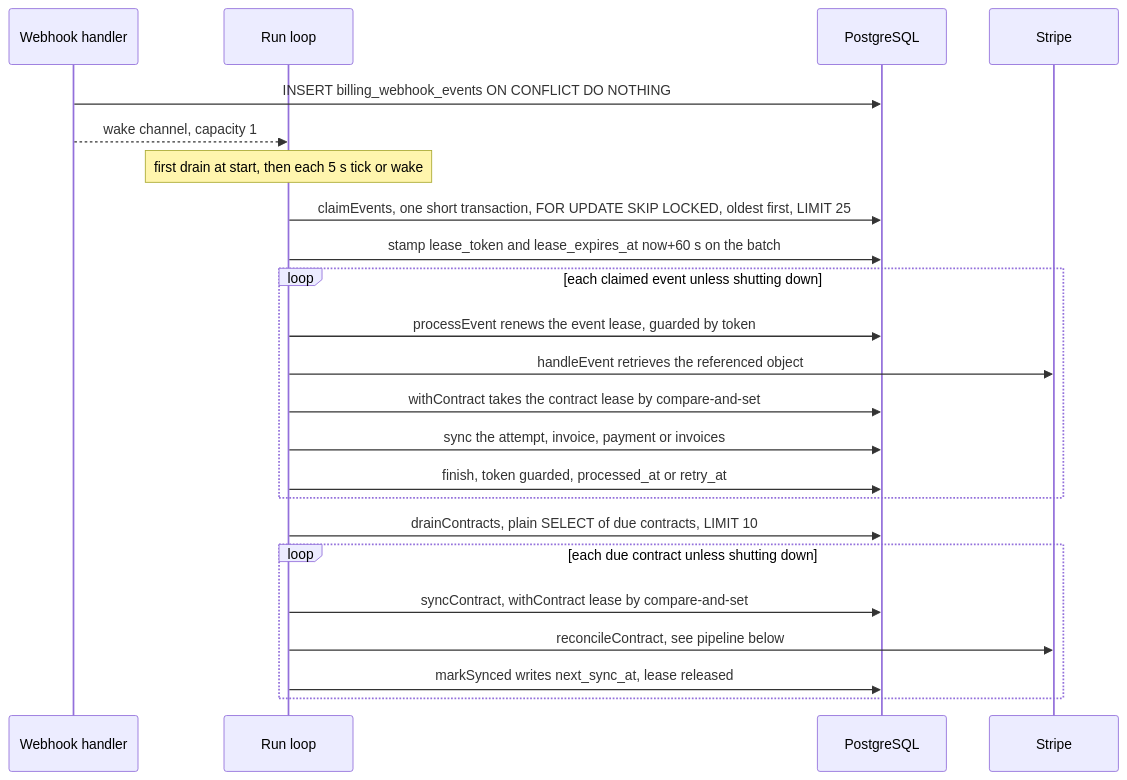
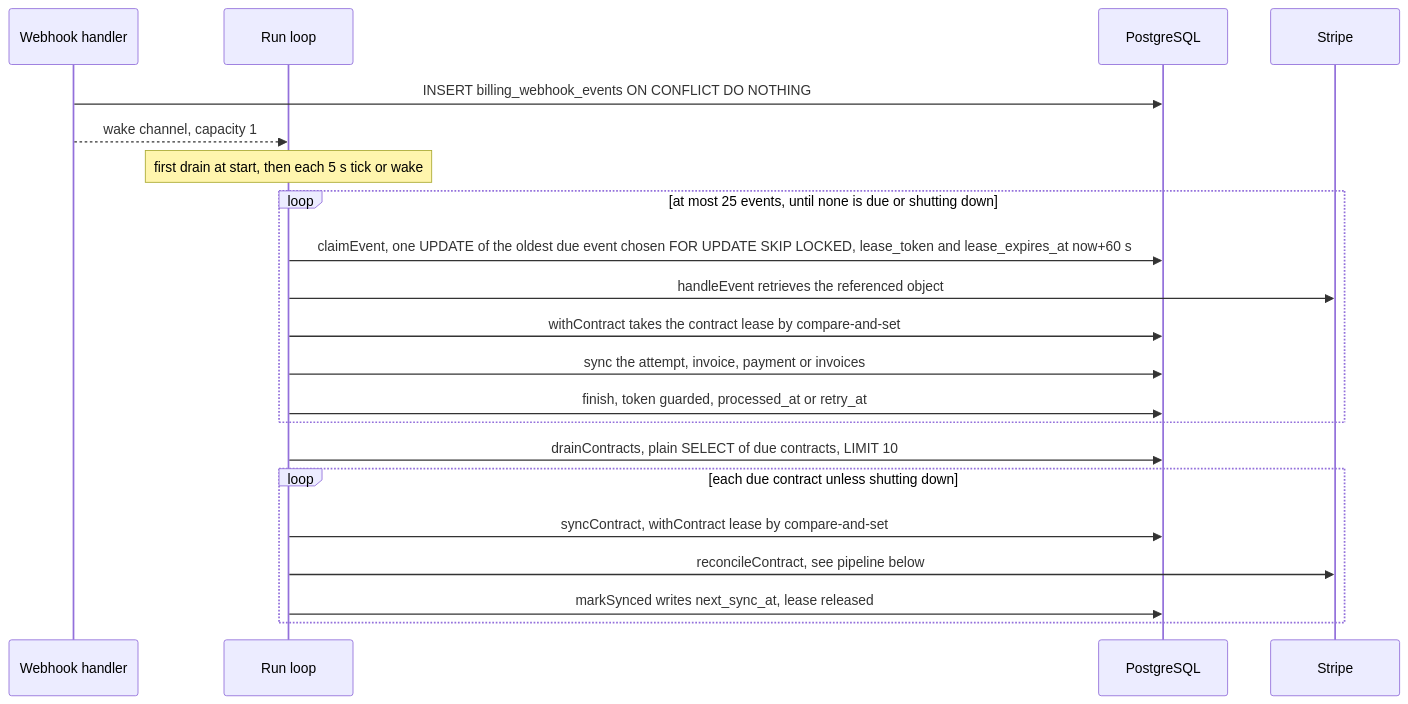
The first of 2 diagrams in docs/billing/worker.md (devGabriel131/ProjectHermes), drawn with Mermaid before and after one commit. The commit also changed other lines of this file and 97 other files, not shown here.

````diff
--- a/docs/billing/worker.md
+++ b/docs/billing/worker.md
@@ -11,25 +11,23 @@
 ```mermaid
 sequenceDiagram
     participant WH as Webhook handler
     participant W as Run loop
     participant DB as PostgreSQL
     participant S as Stripe
     WH->>DB: INSERT billing_webhook_events ON CONFLICT DO NOTHING
     WH-->>W: wake channel, capacity 1
     Note over W: first drain at start, then each 5 s tick or wake
-    W->>DB: claimEvents, one short transaction, FOR UPDATE SKIP LOCKED, oldest first, LIMIT 25
-    W->>DB: stamp lease_token and lease_expires_at now+60 s on the batch
-    loop each claimed event unless shutting down
-        W->>DB: processEvent renews the event lease, guarded by token
+    loop at most 25 events, until none is due or shutting down
+        W->>DB: claimEvent, one UPDATE of the oldest due event chosen FOR UPDATE SKIP LOCKED, lease_token and lease_expires_at now+60 s
         W->>S: handleEvent retrieves the referenced object
         W->>DB: withContract takes the contract lease by compare-and-set
         W->>DB: sync the attempt, invoice, payment or invoices
         W->>DB: finish, token guarded, processed_at or retry_at
     end
     W->>DB: drainContracts, plain SELECT of due contracts, LIMIT 10
     loop each due contract unless shutting down
         W->>DB: syncContract, withContract lease by compare-and-set
         W->>S: reconcileContract, see pipeline below
         W->>DB: markSynced writes next_sync_at, lease released
     end
 ```
````
